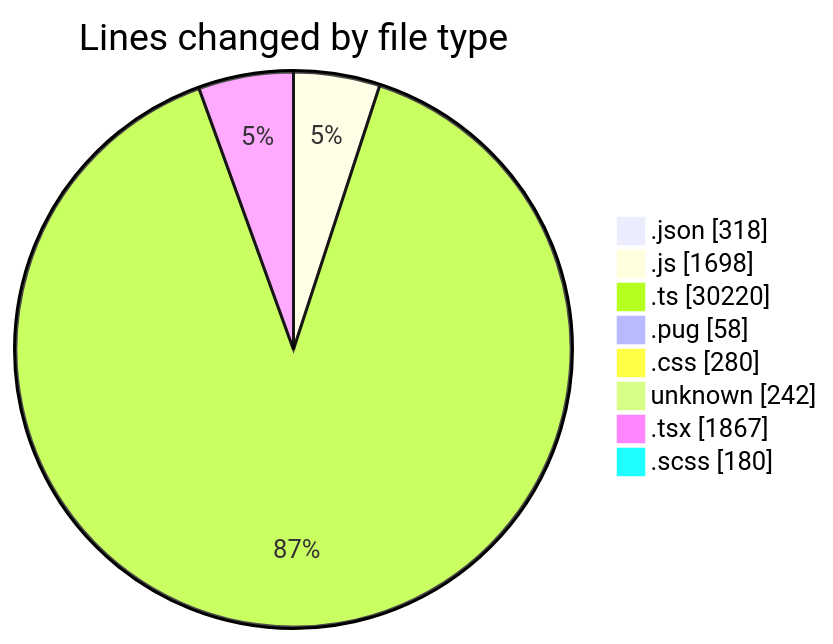
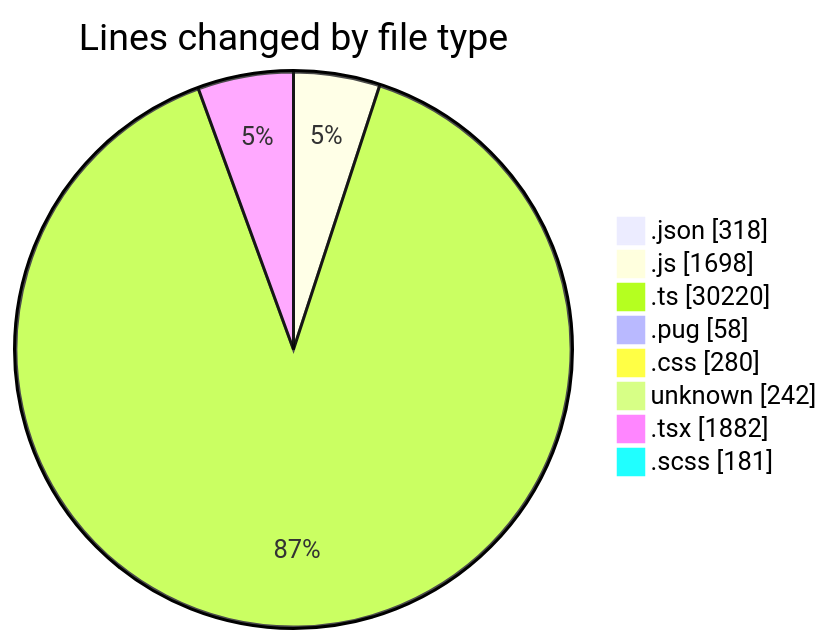
The first of 2 diagrams in 2026-06-02/cda/README.md (momahboobian/code-tracking), drawn with Mermaid before and after one commit. The commit also changed other lines of this file and 1 other file, not shown here.

````diff
--- a/2026-06-02/cda/README.md
+++ b/2026-06-02/cda/README.md
@@ -66,12 +66,12 @@
 ```mermaid
 pie showData
 title Lines changed by file type
 ".json" : 318
 ".js" : 1698
 ".ts" : 30220
 ".pug" : 58
 ".css" : 280
 "unknown" : 242
-".tsx" : 1867
-".scss" : 180
+".tsx" : 1882
+".scss" : 181
 ```
````
